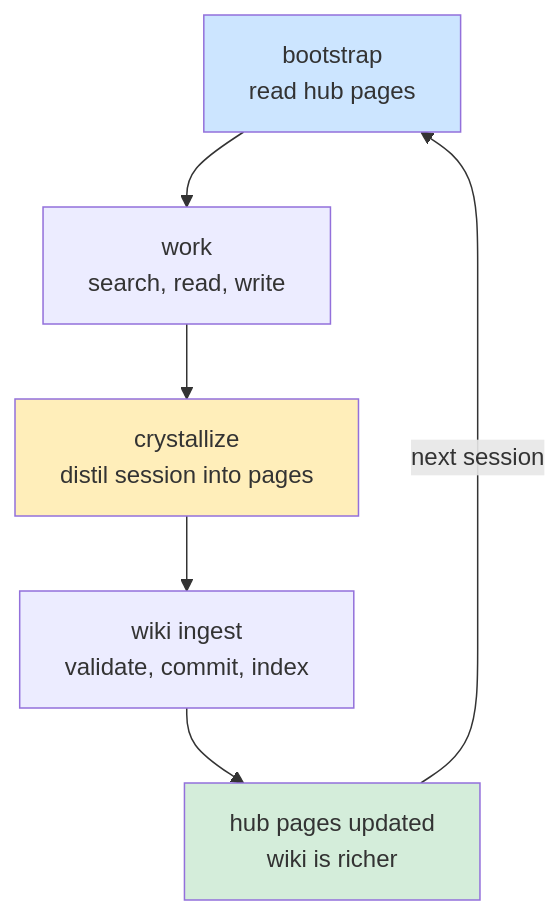
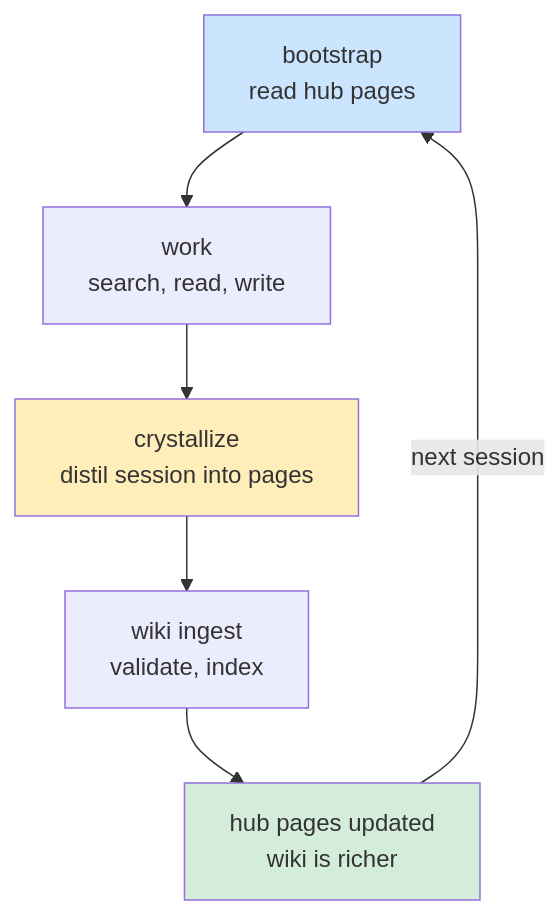
One commit to geronimo-iia/llm-wiki changed the fifth of 7 diagrams in docs/diagrams.md. Above: the diagram before and after it, drawn with Mermaid. The commit also changed other lines of this file and 32 other files, not shown here.

Commit message:
feat: ingest auto-commit — new/lint never commit, explicit llm-wiki commit command, ingest.auto_commit config flag

````diff
--- a/docs/diagrams.md
+++ b/docs/diagrams.md
@@ -135,12 +137,12 @@
 ```mermaid
 flowchart TD
     B["bootstrap\nread hub pages"] --> W["work\nsearch, read, write"]
     W --> C["crystallize\ndistil session into pages"]
-    C --> I["wiki ingest\nvalidate, commit, index"]
+    C --> I["wiki ingest\nvalidate, index"]
     I --> R["hub pages updated\nwiki is richer"]
     R -->|"next session"| B
 
     style B fill:#cce5ff
     style C fill:#ffeeba
     style R fill:#d4edda
 ```
````
